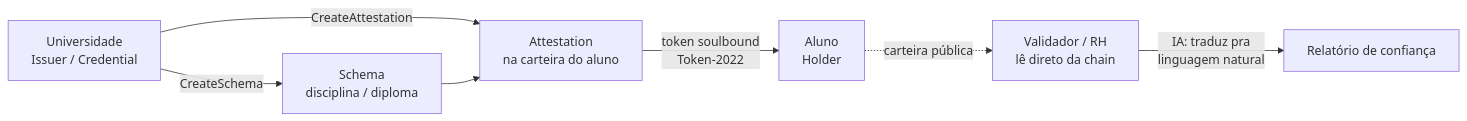
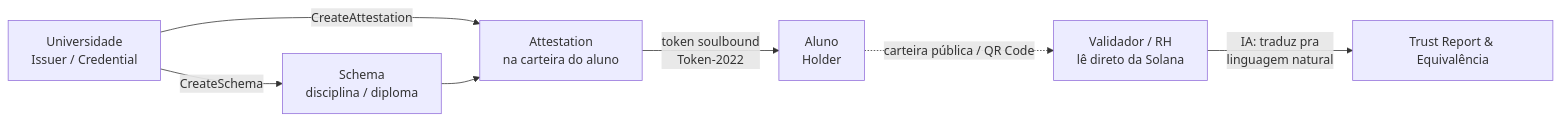
Before and after one commit to alexmsza/LattesChain: the diagram in README.md, drawn with Mermaid. The commit also changed other lines of this file and 2 other files, not shown here.

````diff
--- a/README.md
+++ b/README.md
@@ -28,9 +36,9 @@
 ```mermaid
 graph LR
     U[Universidade\nIssuer / Credential] -->|CreateSchema| S[Schema\ndisciplina / diploma]
     U -->|CreateAttestation| A[Attestation\nna carteira do aluno]
     S --> A
     A -->|token soulbound\nToken-2022| AL[Aluno\nHolder]
-    AL -.->|carteira pública| V[Validador / RH\nlê direto da chain]
-    V -->|IA: traduz pra\nlinguagem natural| R[Relatório de confiança]
+    AL -.->|carteira pública / QR Code| V[Validador / RH\nlê direto da Solana]
+    V -->|IA: traduz pra\nlinguagem natural| R[Trust Report & Equivalência]
 ```
````
